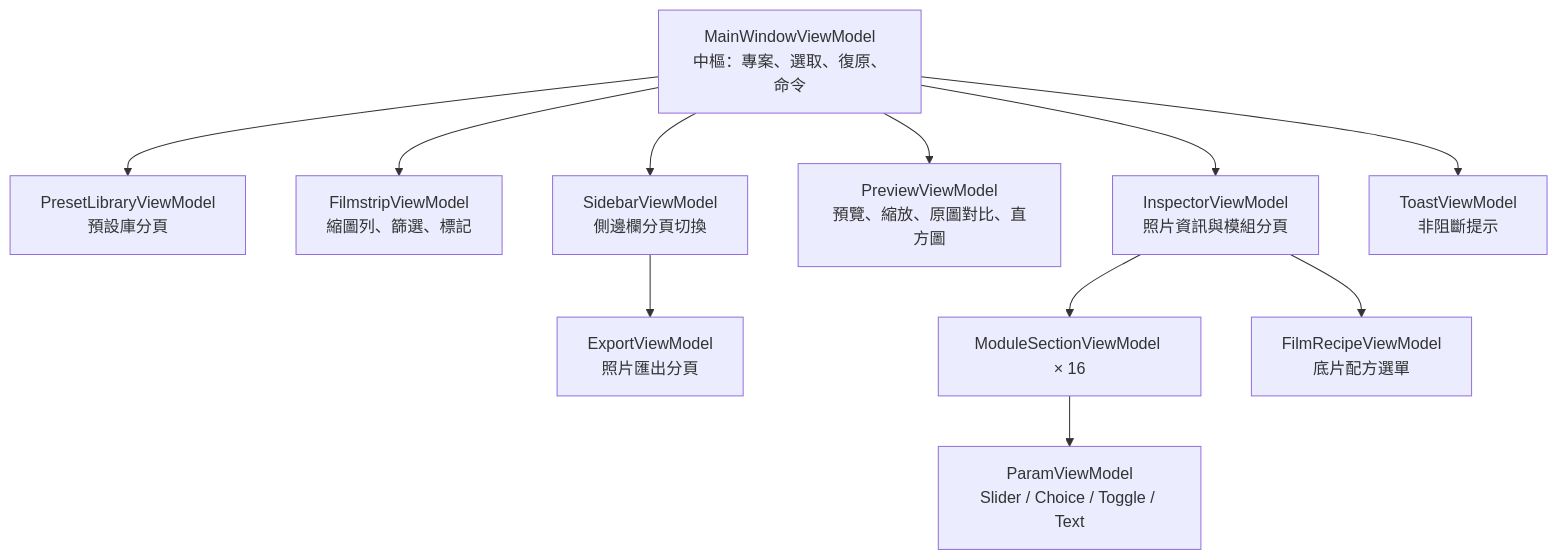
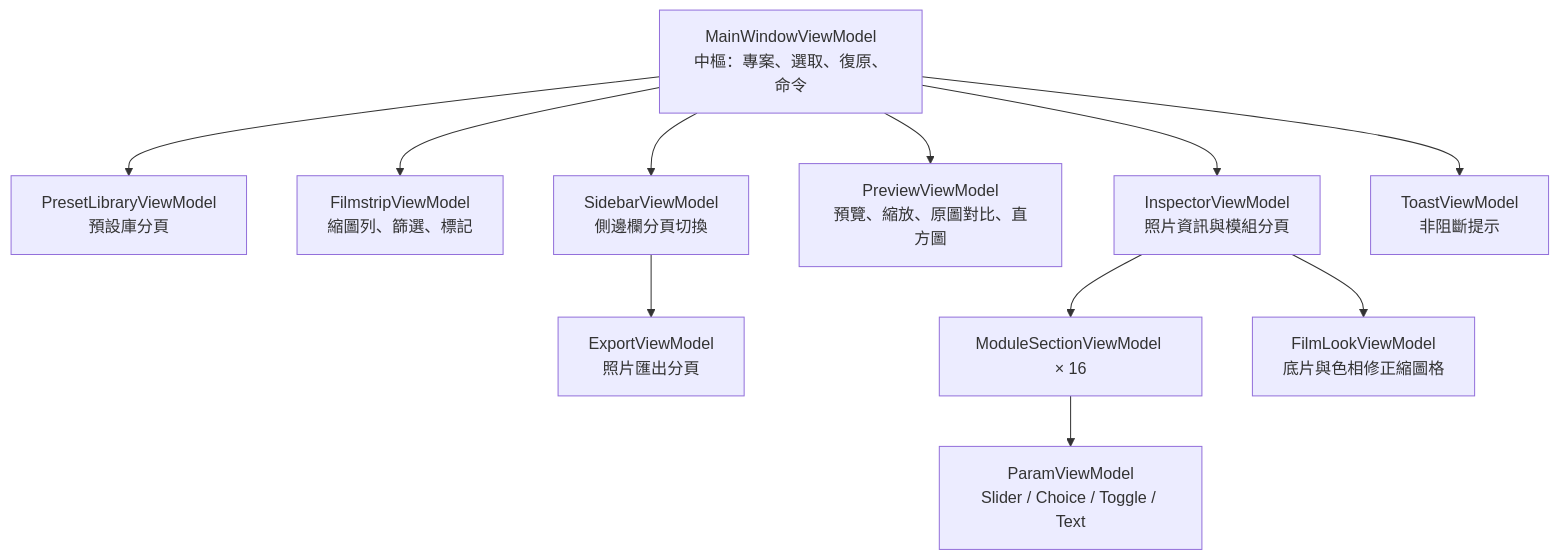
Before and after one commit to minexo79/FilmBatch: the fifth of 5 diagrams in docs/architecture.md, drawn with Mermaid. The commit also changed other lines of this file and 4 other files, not shown here.

````diff
--- a/docs/architecture.md
+++ b/docs/architecture.md
@@ -358,14 +367,14 @@
 ```mermaid
 flowchart TB
     MW["MainWindowViewModel<br/>中樞：專案、選取、復原、命令"]
     MW --> PL["PresetLibraryViewModel<br/>預設庫分頁"]
     MW --> FS["FilmstripViewModel<br/>縮圖列、篩選、標記"]
     MW --> IN["InspectorViewModel<br/>照片資訊與模組分頁"]
     MW --> PV["PreviewViewModel<br/>預覽、縮放、原圖對比、直方圖"]
     MW --> SB["SidebarViewModel<br/>側邊欄分頁切換"]
     MW --> TO["ToastViewModel<br/>非阻斷提示"]
     SB --> EX["ExportViewModel<br/>照片匯出分頁"]
     IN --> MS["ModuleSectionViewModel × 16"]
     MS --> PA["ParamViewModel<br/>Slider / Choice / Toggle / Text"]
-    IN --> FR["FilmRecipeViewModel<br/>底片配方選單"]
+    IN --> FL["FilmLookViewModel<br/>底片與色相修正縮圖格"]
 ```
````
